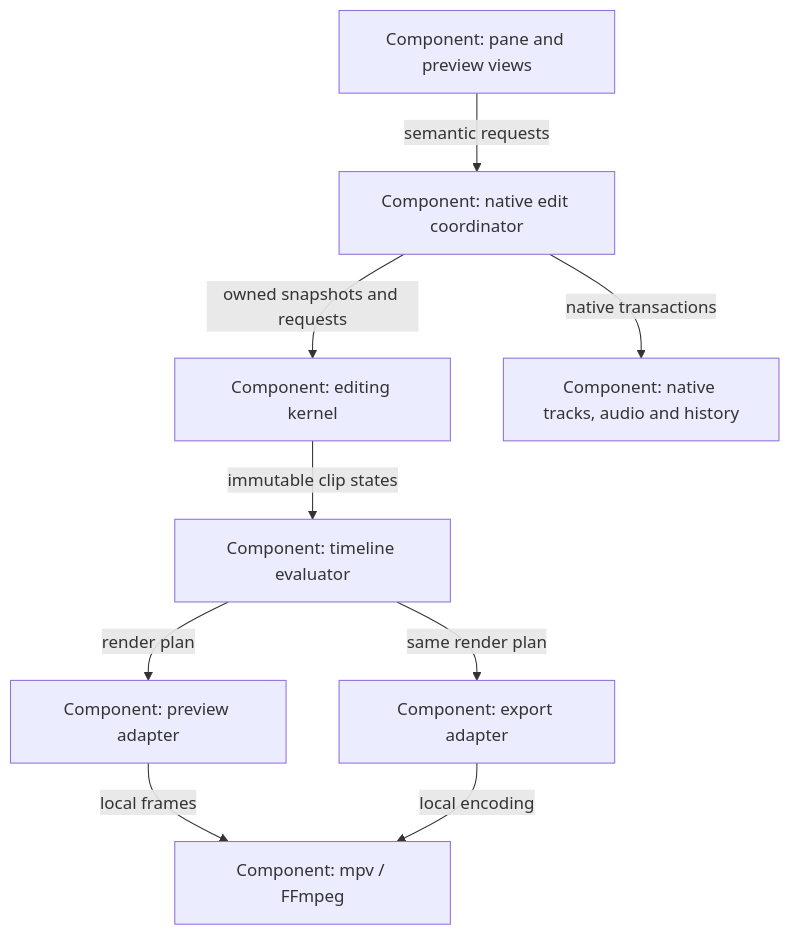
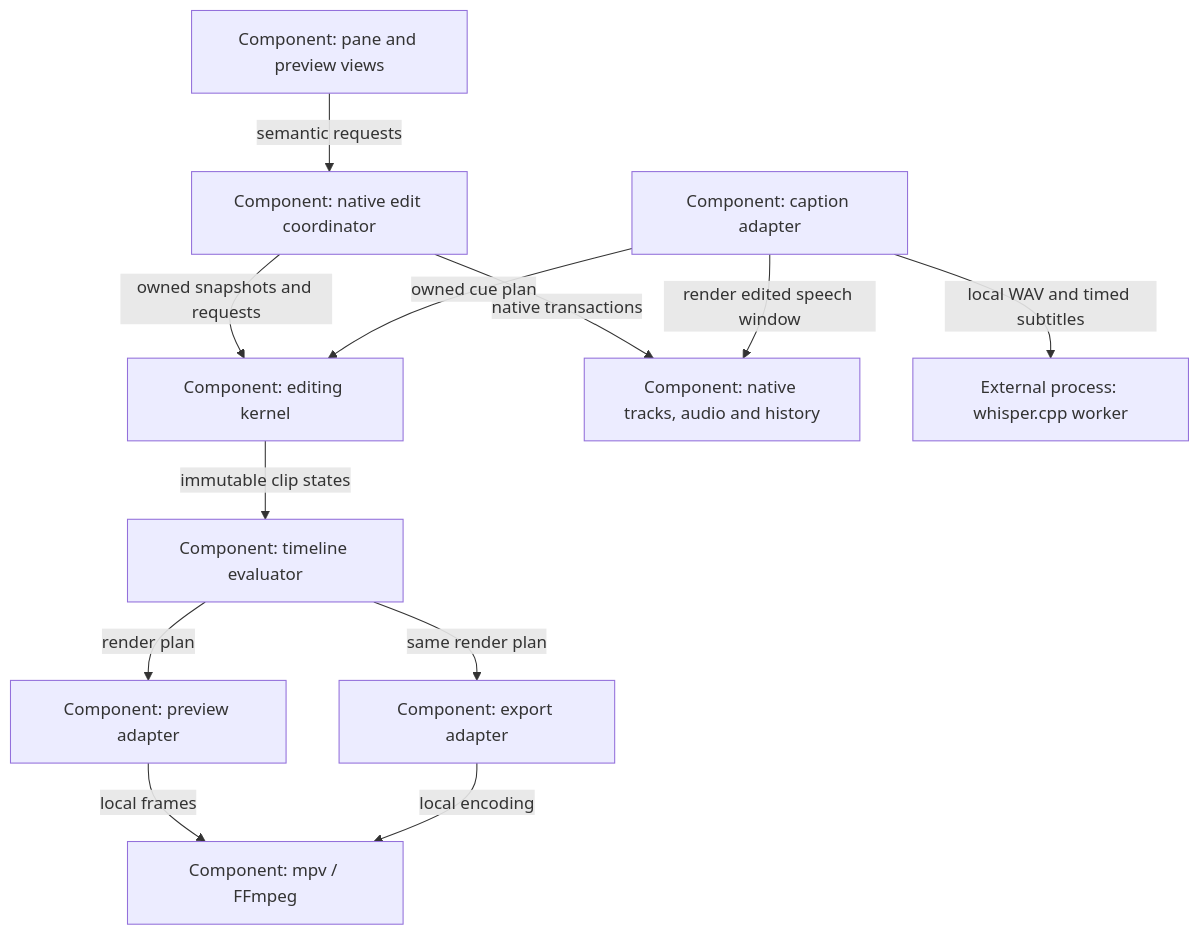
Before and after one commit to Ceratops-Code/AuTopsy: the second of 4 diagrams in docs/design.md, drawn with Mermaid. The commit also changed other lines of this file and 24 other files, not shown here.

Commit message:
Add local speech captions and SRT/WebVTT interchange

````diff
--- a/docs/design.md
+++ b/docs/design.md
@@ -169,11 +170,14 @@
 ```mermaid
 flowchart TB
   Views["Component: pane and preview views"] -->|"semantic requests"| Adapter["Component: native edit coordinator"]
   Adapter -->|"owned snapshots and requests"| Kernel["Component: editing kernel"]
   Adapter -->|"native transactions"| Host["Component: native tracks, audio and history"]
   Kernel -->|"immutable clip states"| Eval["Component: timeline evaluator"]
   Eval -->|"render plan"| Preview["Component: preview adapter"]
   Eval -->|"same render plan"| Export["Component: export adapter"]
   Preview -->|"local frames"| Decoder["Component: mpv / FFmpeg"]
   Export -->|"local encoding"| Decoder
+  Captions["Component: caption adapter"] -->|"render edited speech window"| Host
+  Captions -->|"local WAV and timed subtitles"| Speech["External process: whisper.cpp worker"]
+  Captions -->|"owned cue plan"| Kernel
 ```
````
